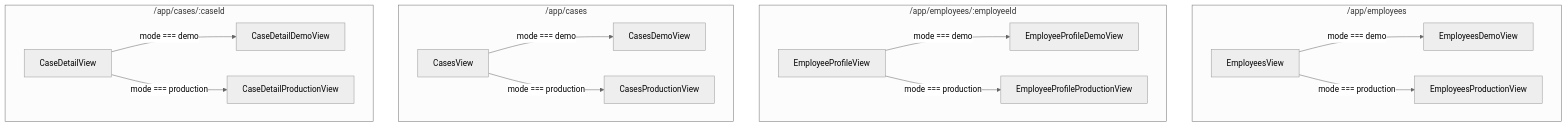
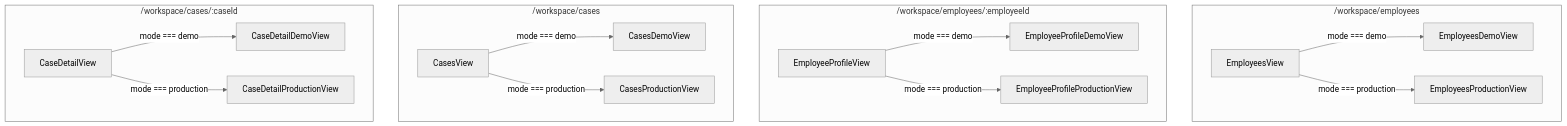
One commit to Dutiva-Canada/Dutiva_Web changed the first of 4 diagrams in docs/wiki/Employees-Cases-HR-Records.md. Above: the diagram before and after it, drawn with Mermaid (neutral theme). The commit also changed other lines of this file and 107 other files, not shown here.

````diff
--- a/docs/wiki/Employees-Cases-HR-Records.md
+++ b/docs/wiki/Employees-Cases-HR-Records.md
@@ -69,23 +69,23 @@
 ```mermaid
 flowchart TD
-    subgraph EmployeesRoute["/app/employees"]
+    subgraph EmployeesRoute["/workspace/employees"]
         EV["EmployeesView"]
         EV -->|"mode === demo"| EDV["EmployeesDemoView"]
         EV -->|"mode === production"| EPV["EmployeesProductionView"]
     end
-    subgraph EmployeeProfileRoute["/app/employees/:employeeId"]
+    subgraph EmployeeProfileRoute["/workspace/employees/:employeeId"]
         EPrV["EmployeeProfileView"]
         EPrV -->|"mode === demo"| EPrDV["EmployeeProfileDemoView"]
         EPrV -->|"mode === production"| EPrPV["EmployeeProfileProductionView"]
     end
-    subgraph CasesRoute["/app/cases"]
+    subgraph CasesRoute["/workspace/cases"]
         CV["CasesView"]
         CV -->|"mode === demo"| CDV["CasesDemoView"]
         CV -->|"mode === production"| CPV["CasesProductionView"]
     end
-    subgraph CaseDetailRoute["/app/cases/:caseId"]
+    subgraph CaseDetailRoute["/workspace/cases/:caseId"]
         CDtV["CaseDetailView"]
         CDtV -->|"mode === demo"| CDtDV["CaseDetailDemoView"]
         CDtV -->|"mode === production"| CDtPV["CaseDetailProductionView"]
     end
 ```
````
